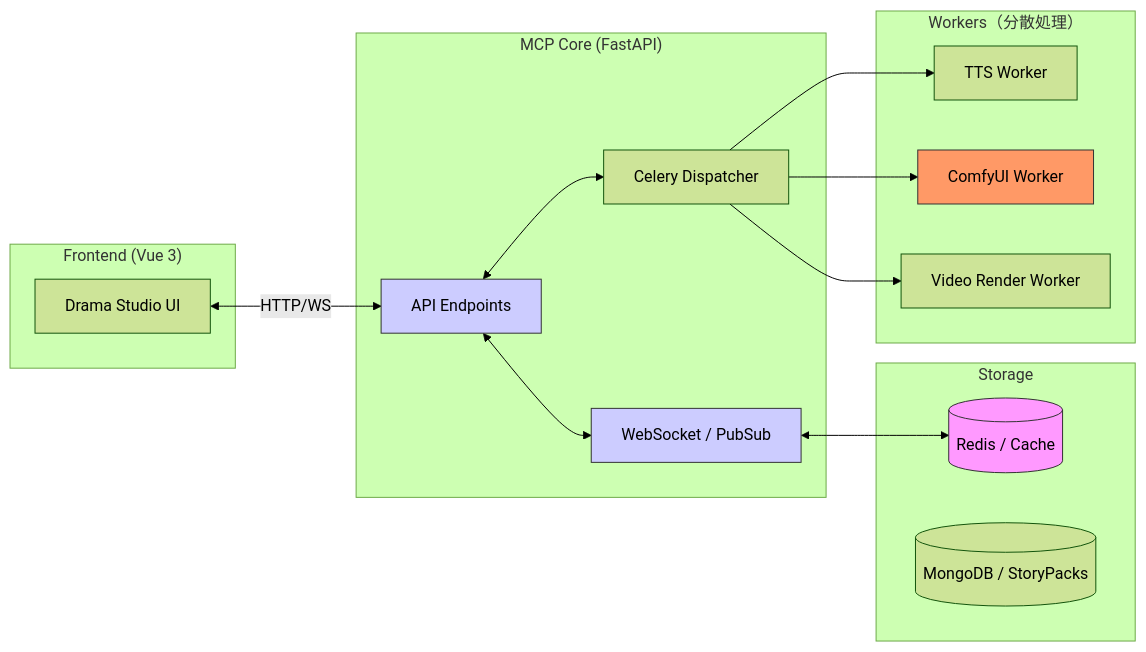
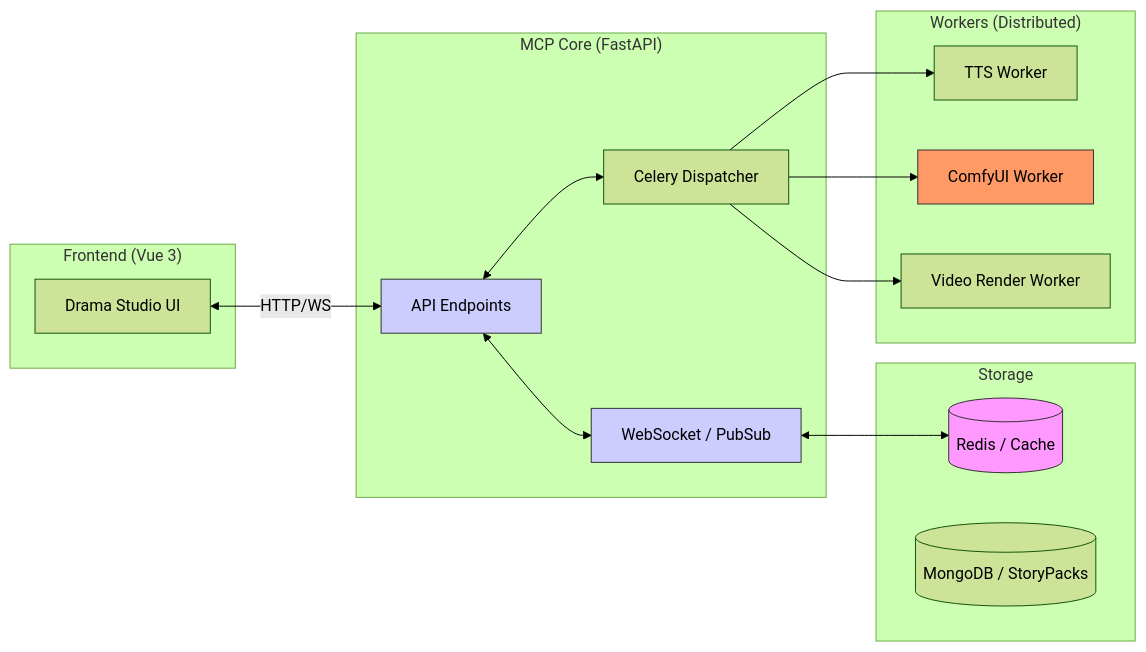
One commit to AtsushiHarimoto/portfolio changed the diagram in public/knowledge/ja/12_diagrams/08.Moyin_MCP_Architecture.md. Above: the diagram before and after it, drawn with Mermaid (forest theme). The commit also changed other lines of this file and 139 other files, not shown here.

````diff
--- a/public/knowledge/ja/12_diagrams/08.Moyin_MCP_Architecture.md
+++ b/public/knowledge/ja/12_diagrams/08.Moyin_MCP_Architecture.md
@@ -7,36 +11,36 @@
 ```mermaid
 graph LR
     subgraph "Frontend (Vue 3)"
         WebUI[Drama Studio UI]
     end
 
     subgraph "MCP Core (FastAPI)"
         API[API Endpoints]
         WS[WebSocket / PubSub]
         Celery[Celery Dispatcher]
     end
 
     subgraph "Storage"
         Redis[(Redis / Cache)]
         DB[(MongoDB / StoryPacks)]
     end
 
-    subgraph "Workers（分散処理）"
+    subgraph "Workers (Distributed)"
         TTS[TTS Worker]
         Comfy[ComfyUI Worker]
         Video[Video Render Worker]
     end
 
     WebUI <-->|HTTP/WS| API
     API <--> WS
     WS <--> Redis
     API <--> Celery
     Celery --> TTS
     Celery --> Comfy
     Celery --> Video
 
     style API fill:#ccf,stroke:#333
     style WS fill:#ccf,stroke:#333
     style Redis fill:#f9f,stroke:#333
     style Comfy fill:#f96,stroke:#333
 ```
````
